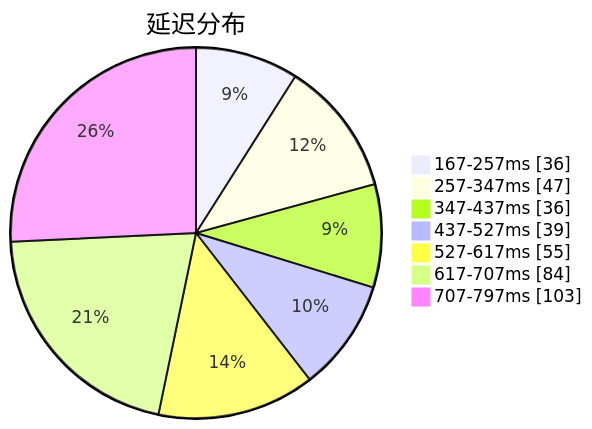
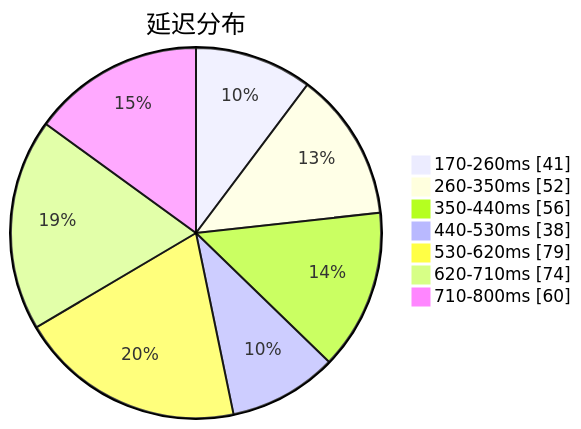
One commit to qjlxg/airport changed the first of 3 diagrams in subs/statistics/tested_within.md. Above: the diagram before and after it, drawn with Mermaid. The commit also changed other lines of this file and 2 other files, not shown here.

````diff
--- a/subs/statistics/tested_within.md
+++ b/subs/statistics/tested_within.md
@@ -2,11 +2,11 @@
 ```mermaid
 pie showData
 title 延迟分布
-"167-257ms" : 36
-"257-347ms" : 47
-"347-437ms" : 36
-"437-527ms" : 39
-"527-617ms" : 55
-"617-707ms" : 84
-"707-797ms" : 103
+"170-260ms" : 41
+"260-350ms" : 52
+"350-440ms" : 56
+"440-530ms" : 38
+"530-620ms" : 79
+"620-710ms" : 74
+"710-800ms" : 60
 ```
````
